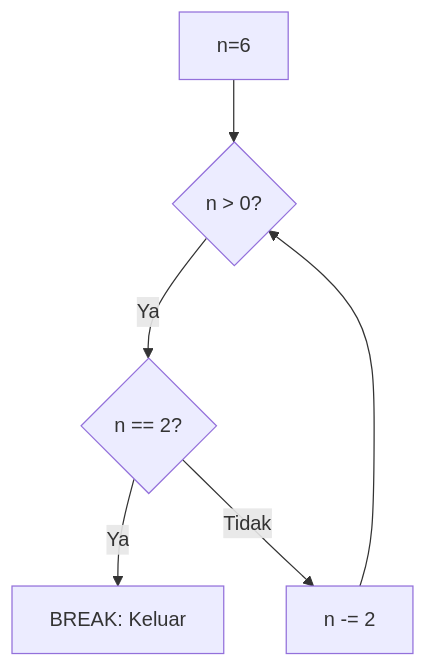
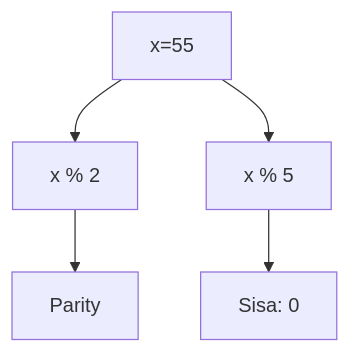
Before and after one commit to amnahwaida/OSNK_INF_PREP: the fourth of 25 diagrams in part-c-pemahaman-cpp/03-perulangan/latihan/set-05.md, drawn with Mermaid. The commit also changed other lines of this file and 71 other files, not shown here.

````diff
--- a/part-c-pemahaman-cpp/03-perulangan/latihan/set-05.md
+++ b/part-c-pemahaman-cpp/03-perulangan/latihan/set-05.md
@@ -90,8 +116,7 @@
 ```mermaid
 graph TD
-    A[n=6] --> B{n > 0?}
-    B -- Ya --> C{n == 2?}
-    C -- Ya --> D[BREAK: Keluar]
-    C -- Tidak --> E[n -= 2]
-    E --> B
+A[x=55] --> B[x % 2]
+B --> C[Parity]
+A --> D[x % 5]
+D --> E[Sisa: 0]
 ```
````
